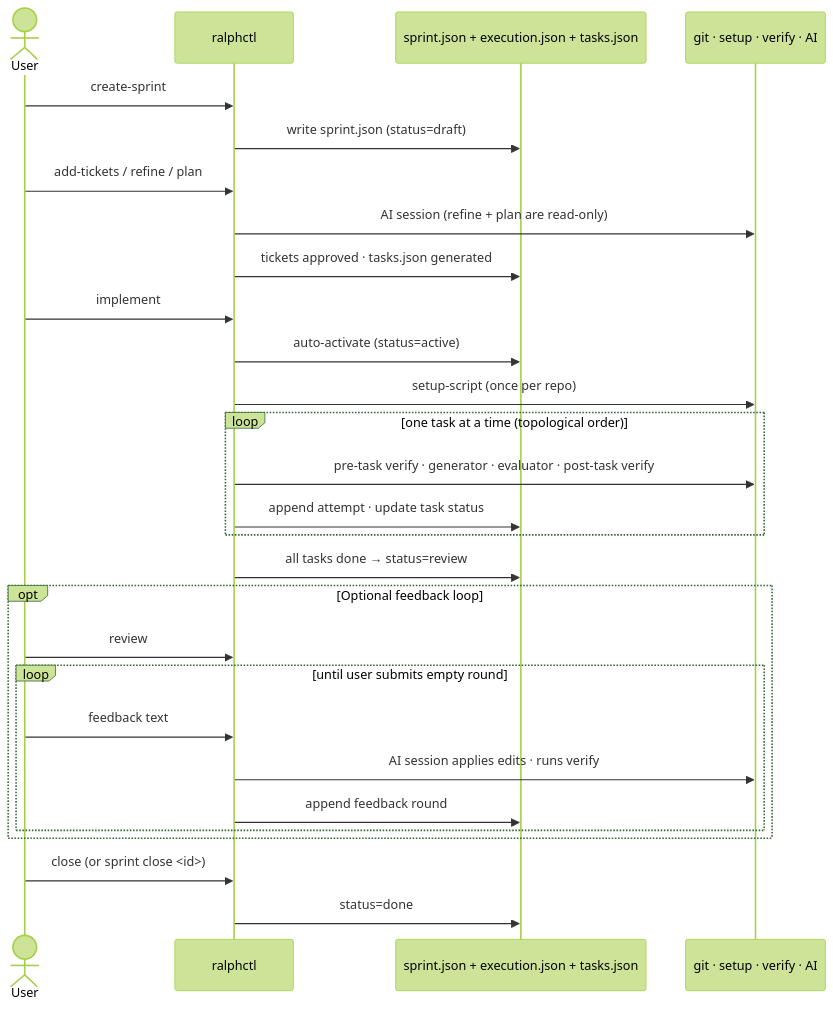
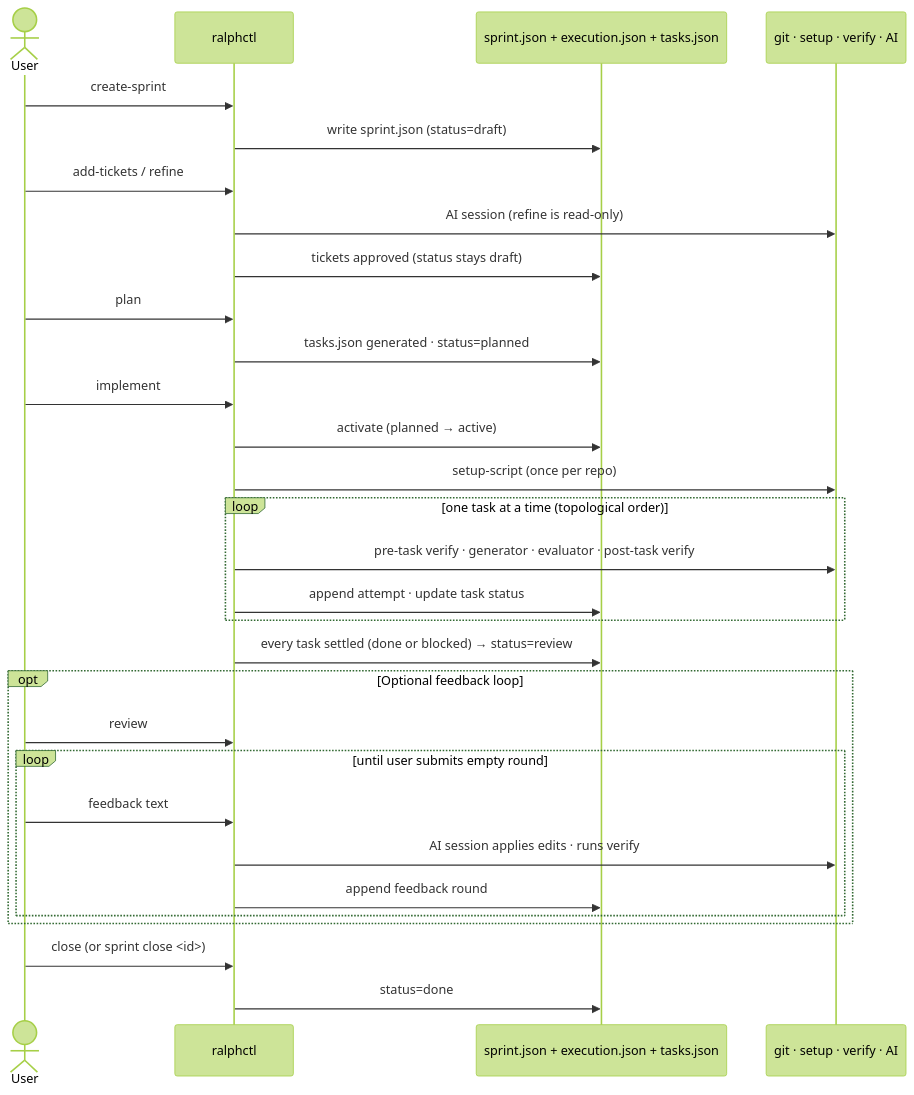
The diagram in .claude/docs/diagrams/02-sprint-lifecycle.md (lukas-grigis/ralphctl), drawn with Mermaid (forest theme) before and after one commit. The commit also changed other lines of this file and 18 other files, not shown here.

````diff
--- a/.claude/docs/diagrams/02-sprint-lifecycle.md
+++ b/.claude/docs/diagrams/02-sprint-lifecycle.md
@@ -8,37 +9,40 @@
 ```mermaid
 sequenceDiagram
     actor User
     participant CLI as ralphctl
     participant Sprint as sprint.json + execution.json + tasks.json
     participant Tools as git · setup · verify · AI
 
     User->>CLI: create-sprint
     CLI->>Sprint: write sprint.json (status=draft)
 
-    User->>CLI: add-tickets / refine / plan
-    CLI->>Tools: AI session (refine + plan are read-only)
-    CLI->>Sprint: tickets approved · tasks.json generated
+    User->>CLI: add-tickets / refine
+    CLI->>Tools: AI session (refine is read-only)
+    CLI->>Sprint: tickets approved (status stays draft)
+
+    User->>CLI: plan
+    CLI->>Sprint: tasks.json generated · status=planned
 
     User->>CLI: implement
-    CLI->>Sprint: auto-activate (status=active)
+    CLI->>Sprint: activate (planned → active)
     CLI->>Tools: setup-script (once per repo)
 
     loop one task at a time (topological order)
         CLI->>Tools: pre-task verify · generator · evaluator · post-task verify
         CLI->>Sprint: append attempt · update task status
     end
 
-    CLI->>Sprint: all tasks done → status=review
+    CLI->>Sprint: every task settled (done or blocked) → status=review
 
     opt Optional feedback loop
         User->>CLI: review
         loop until user submits empty round
             User->>CLI: feedback text
             CLI->>Tools: AI session applies edits · runs verify
             CLI->>Sprint: append feedback round
         end
     end
 
     User->>CLI: close (or sprint close <id>)
     CLI->>Sprint: status=done
 ```
````
